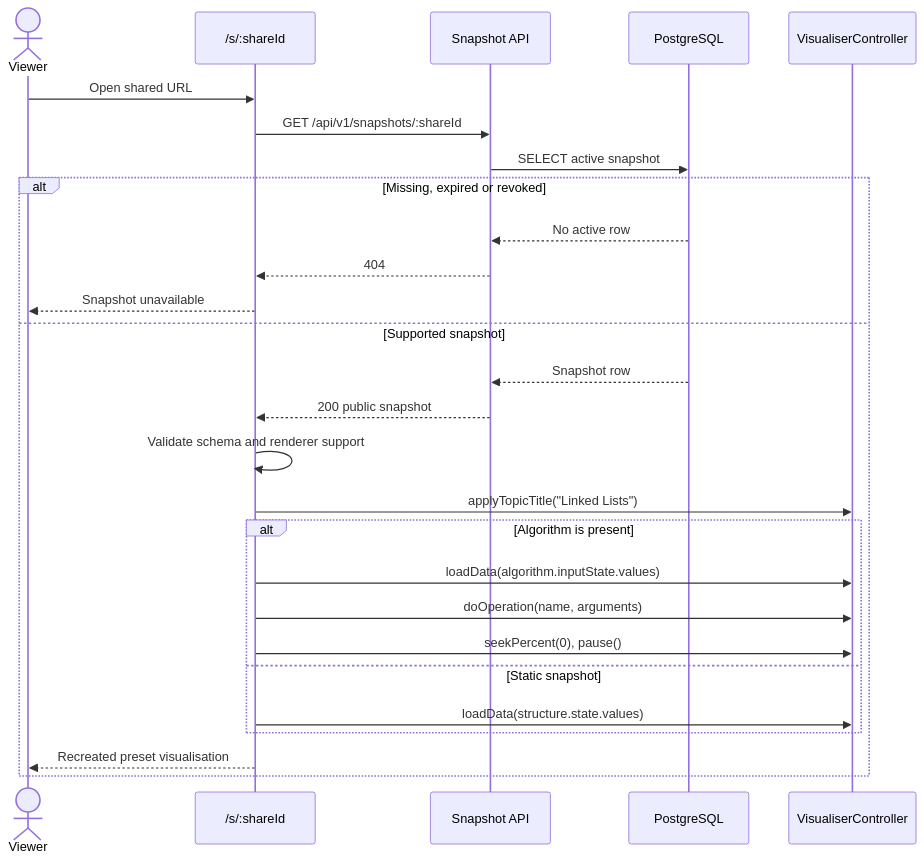
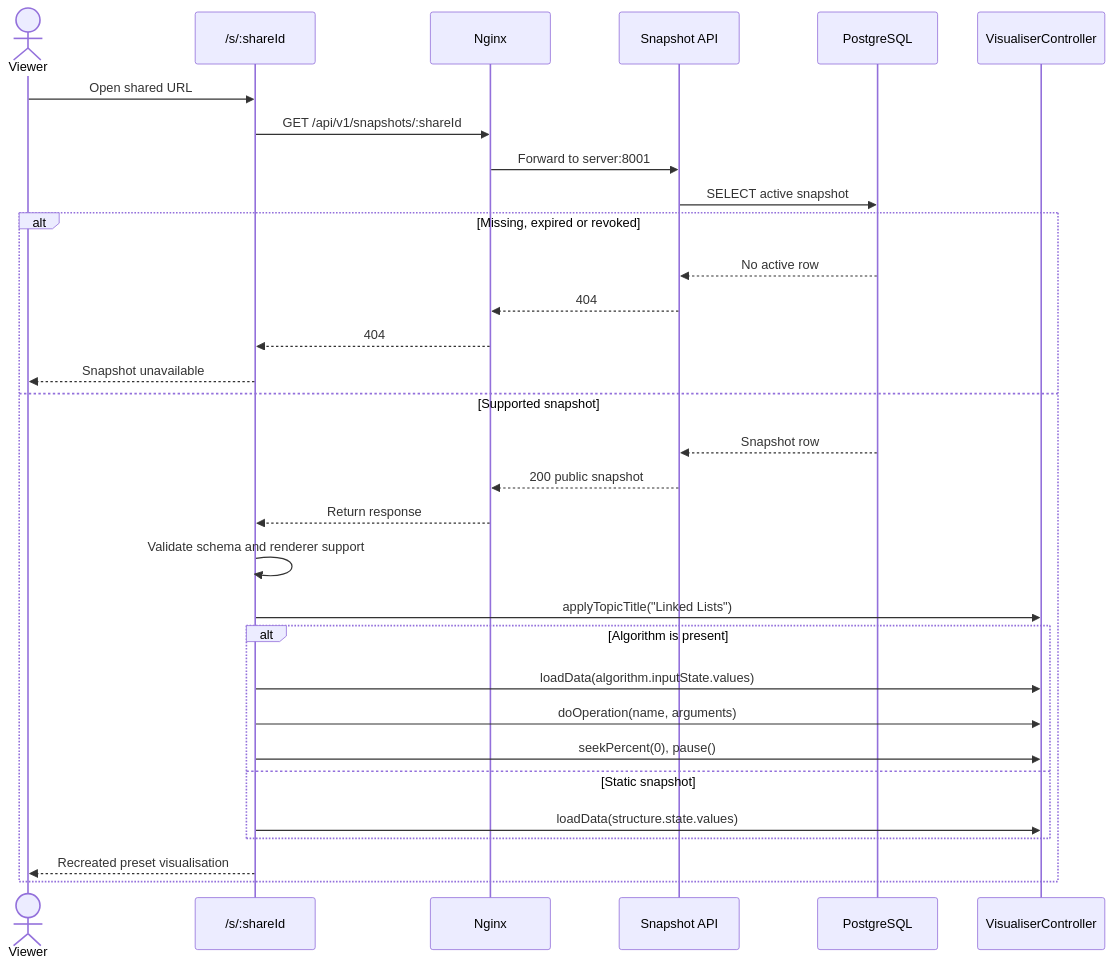
Before and after one commit to devsoc-unsw/structs.sh: the second of 2 diagrams in docs/feat-record-visualisation-session/request-handle-flow.md, drawn with Mermaid. The commit also changed other lines of this file and 8 other files, not shown here.

````diff
--- a/docs/feat-record-visualisation-session/request-handle-flow.md
+++ b/docs/feat-record-visualisation-session/request-handle-flow.md
@@ -59,30 +62,34 @@
 ```mermaid
 sequenceDiagram
   actor V as Viewer
   participant PAGE as /s/:shareId
+  participant N as Nginx
   participant API as Snapshot API
   participant DB as PostgreSQL
   participant C as VisualiserController
 
   V->>PAGE: Open shared URL
-  PAGE->>API: GET /api/v1/snapshots/:shareId
+  PAGE->>N: GET /api/v1/snapshots/:shareId
+  N->>API: Forward to server:8001
   API->>DB: SELECT active snapshot
   alt Missing, expired or revoked
     DB-->>API: No active row
-    API-->>PAGE: 404
+    API-->>N: 404
+    N-->>PAGE: 404
     PAGE-->>V: Snapshot unavailable
   else Supported snapshot
     DB-->>API: Snapshot row
-    API-->>PAGE: 200 public snapshot
+    API-->>N: 200 public snapshot
+    N-->>PAGE: Return response
     PAGE->>PAGE: Validate schema and renderer support
     PAGE->>C: applyTopicTitle("Linked Lists")
     alt Algorithm is present
       PAGE->>C: loadData(algorithm.inputState.values)
       PAGE->>C: doOperation(name, arguments)
       PAGE->>C: seekPercent(0), pause()
     else Static snapshot
       PAGE->>C: loadData(structure.state.values)
     end
     PAGE-->>V: Recreated preset visualisation
   end
 ```
````
